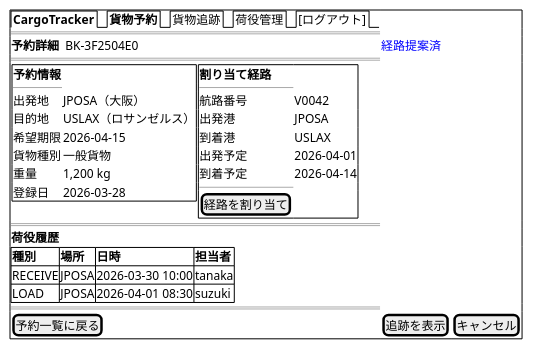
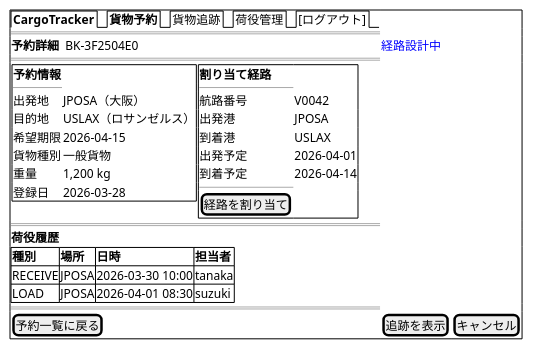
One commit to k2works/case-study-cargo-tracker changed the tenth of 21 diagrams in docs/design/ui_design.md. Above: the diagram before and after it, drawn with PlantUML. The commit also changed other lines of this file and 14 other files, not shown here.

````diff
--- a/docs/design/ui_design.md
+++ b/docs/design/ui_design.md
@@ -644,42 +644,42 @@
 ```plantuml
 @startsalt
 {+
   {/ <b>CargoTracker</b> | <b>貨物予約</b> | 貨物追跡 | 荷役管理 | [ログアウト] }
   ==
-  <b>予約詳細</b>  BK-3F2504E0  |  <color:blue>経路提案済</color>
+  <b>予約詳細</b>  BK-3F2504E0  |  <color:blue>経路設計中</color>
   ==
   {
     {+
       <b>予約情報</b>
       ----
       出発地     | JPOSA（大阪）
       目的地     | USLAX（ロサンゼルス）
       希望期限   | 2026-04-15
       貨物種別   | 一般貨物
       重量       | 1,200 kg
       登録日     | 2026-03-28
     } |
     {+
       <b>割り当て経路</b>
       ----
       航路番号   | V0042
       出発港     | JPOSA
       到着港     | USLAX
       出発予定   | 2026-04-01
       到着予定   | 2026-04-14
       ----
       [経路を割り当て]
     }
   }
   ==
   <b>荷役履歴</b>
   {#
     **種別** | **場所** | **日時** | **担当者**
     RECEIVE  | JPOSA    | 2026-03-30 10:00 | tanaka
     LOAD     | JPOSA    | 2026-04-01 08:30 | suzuki
   }
   ==
   [予約一覧に戻る] | [追跡を表示] | [キャンセル]
 }
 @endsalt
 ```
````
